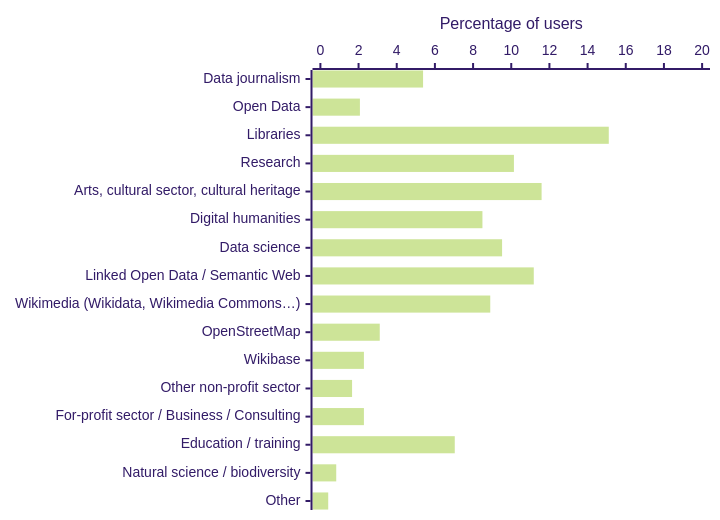
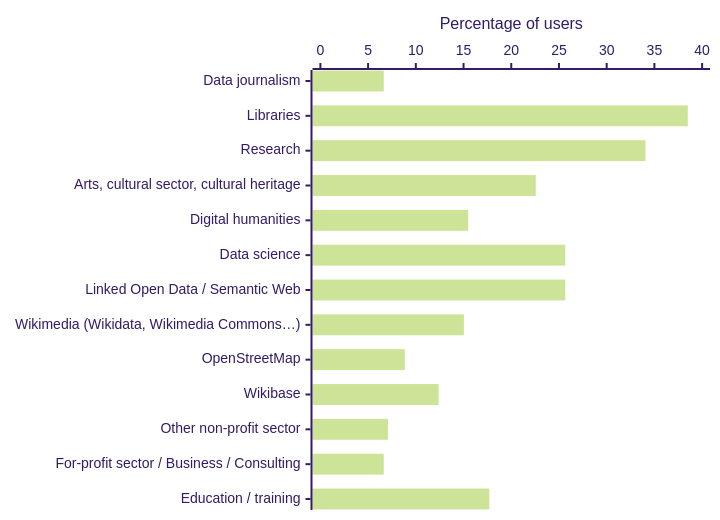
One commit to OpenRefine/openrefine.org changed the first of 3 diagrams in src/pages/usage.md. Above: the diagram before and after it, drawn with Mermaid. The commit also changed other lines of this file, not shown here.

Commit message:
update usage page with 2024 usage breakdown

````diff
--- a/src/pages/usage.md
+++ b/src/pages/usage.md
@@ -25,8 +25,9 @@
 ```mermaid
 %%{init: {'theme':'forest'}}%%
 xychart-beta horizontal
     x-axis  
-    ["Data journalism", "Open Data", "Libraries", "Research", "Arts, cultural sector, cultural heritage", "Digital humanities", "Data science", "Linked Open Data / Semantic Web", "Wikimedia (Wikidata, Wikimedia Commons…)", "OpenStreetMap", "Wikibase", "Other non-profit sector", "For-profit sector / Business / Consulting", "Education / training", "Natural science / biodiversity", "Other"]
-    y-axis "Percentage of users" 0 --> 20 
-    bar [5.38, 2.07, 15.11, 10.14, 11.59, 8.49, 9.52, 11.18, 8.90, 3.11, 2.28, 1.66, 2.28, 7.04, 0.83, 0.41]
+    ["Data journalism", "Libraries", "Research", "Arts, cultural sector, cultural heritage", "Digital humanities", "Data science", "Linked Open Data / Semantic Web", "Wikimedia (Wikidata, Wikimedia Commons…)", "OpenStreetMap", "Wikibase", "Other non-profit sector", "For-profit sector / Business / Consulting", "Education / training"]
+    y-axis "Percentage of users" 0 --> 40
+    bar "Percentage" 
+      [6.64, 38.50, 34.07, 22.57, 15.49, 25.66, 25.66, 15.04, 8.85, 12.39, 7.08, 6.64, 17.70]
 ```
````
